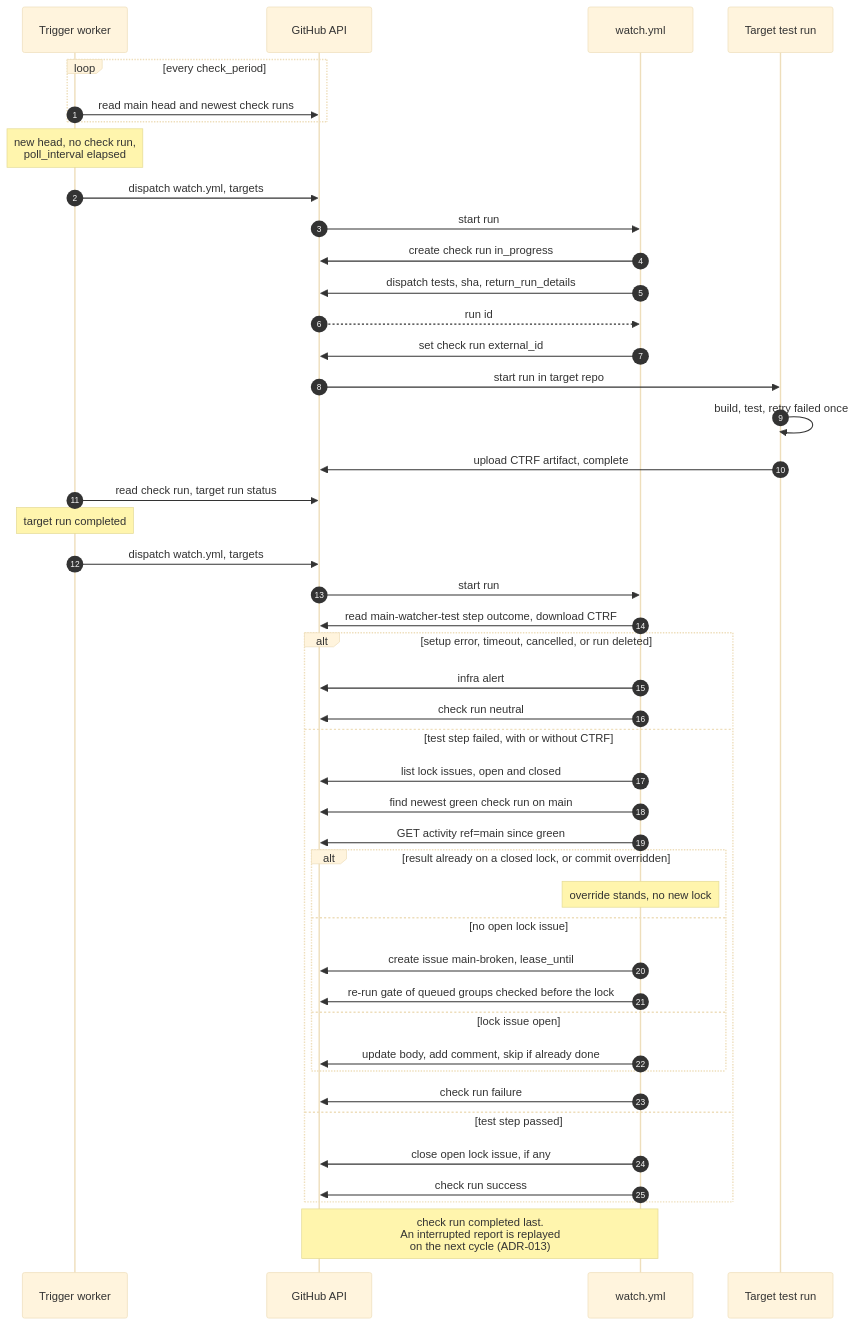
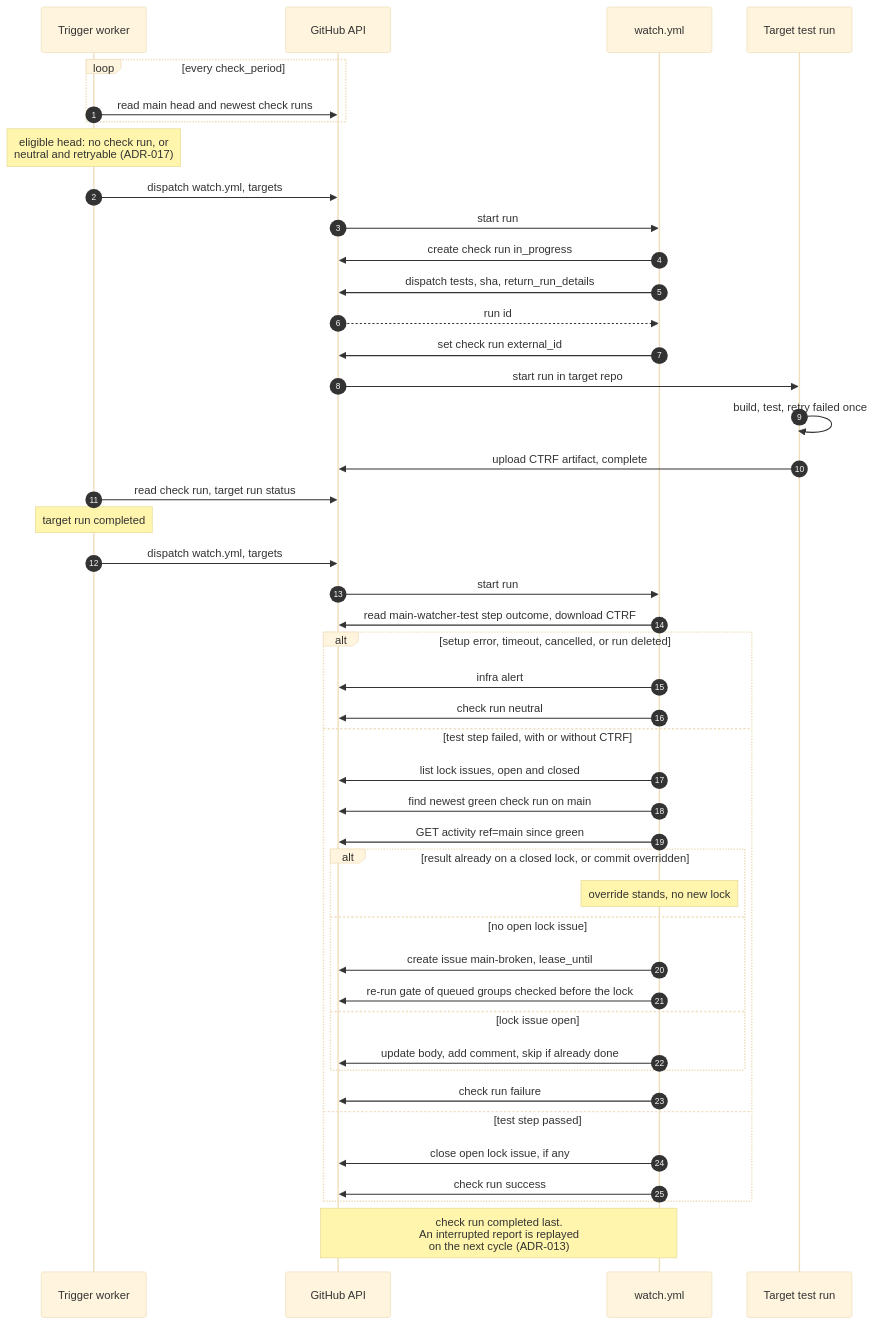
Before and after one commit to main-watcher-sandbox/main-watcher: the third of 6 diagrams in docs/architecture/architecture.md, drawn with Mermaid (base theme). The commit also changed other lines of this file and 8 other files, not shown here.

First line of the commit message:
Address fourth adversarial review of architecture docs

````diff
--- a/docs/architecture/architecture.md
+++ b/docs/architecture/architecture.md
@@ -245,49 +246,49 @@
 ```mermaid
 %% name: seq-failure-to-lock
 sequenceDiagram
     autonumber
     participant W as Trigger worker
     participant GH as GitHub API
     participant WA as watch.yml
     participant T as Target test run
 
     loop every check_period
         W->>GH: read main head and newest check runs
     end
-    Note over W: new head, no check run,<br/>poll_interval elapsed
+    Note over W: eligible head: no check run, or<br/>neutral and retryable (ADR-017)
     W->>GH: dispatch watch.yml, targets
     GH->>WA: start run
     WA->>GH: create check run in_progress
     WA->>GH: dispatch tests, sha, return_run_details
     GH-->>WA: run id
     WA->>GH: set check run external_id
     GH->>T: start run in target repo
     T->>T: build, test, retry failed once
     T->>GH: upload CTRF artifact, complete
     W->>GH: read check run, target run status
     Note over W: target run completed
     W->>GH: dispatch watch.yml, targets
     GH->>WA: start run
     WA->>GH: read main-watcher-test step outcome, download CTRF
     alt setup error, timeout, cancelled, or run deleted
         WA->>GH: infra alert
         WA->>GH: check run neutral
     else test step failed, with or without CTRF
         WA->>GH: list lock issues, open and closed
         WA->>GH: find newest green check run on main
         WA->>GH: GET activity ref=main since green
         alt result already on a closed lock, or commit overridden
             Note over WA: override stands, no new lock
         else no open lock issue
             WA->>GH: create issue main-broken, lease_until
             WA->>GH: re-run gate of queued groups checked before the lock
         else lock issue open
             WA->>GH: update body, add comment, skip if already done
         end
         WA->>GH: check run failure
     else test step passed
         WA->>GH: close open lock issue, if any
         WA->>GH: check run success
     end
     Note over WA,GH: check run completed last.<br/>An interrupted report is replayed<br/>on the next cycle (ADR-013)
 ```
````
